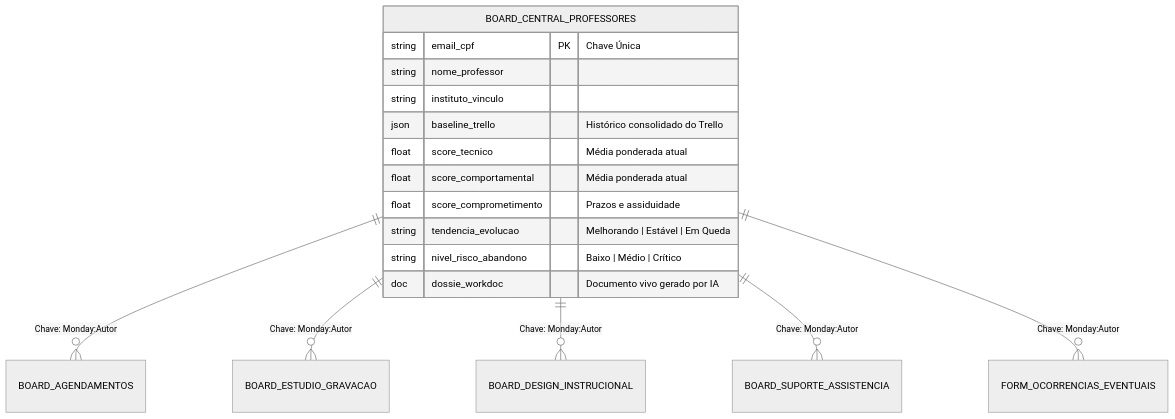
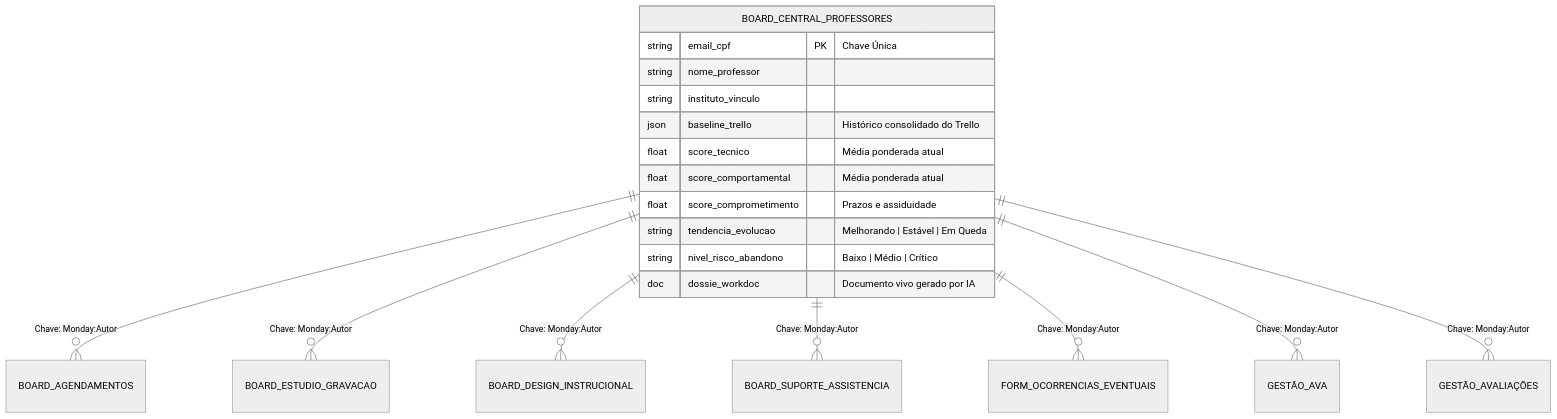
Before and after one commit to paulohlp/perfil-professor-monday: the first of 2 diagrams in plano_perfil_professor_monday.md, drawn with Mermaid (neutral theme).

Commit message:
Add relationships for GESTÃO_AVA and GESTÃO_AVALIAÇÕES

````diff
--- a/plano_perfil_professor_monday.md
+++ b/plano_perfil_professor_monday.md
@@ -18,21 +18,23 @@
 ```mermaid
 erDiagram
     BOARD_CENTRAL_PROFESSORES ||--o{ BOARD_AGENDAMENTOS : "Chave: Monday:Autor"
     BOARD_CENTRAL_PROFESSORES ||--o{ BOARD_ESTUDIO_GRAVACAO : "Chave: Monday:Autor"
     BOARD_CENTRAL_PROFESSORES ||--o{ BOARD_DESIGN_INSTRUCIONAL : "Chave: Monday:Autor"
     BOARD_CENTRAL_PROFESSORES ||--o{ BOARD_SUPORTE_ASSISTENCIA : "Chave: Monday:Autor"
     BOARD_CENTRAL_PROFESSORES ||--o{ FORM_OCORRENCIAS_EVENTUAIS : "Chave: Monday:Autor"
+    BOARD_CENTRAL_PROFESSORES ||--o{ GESTÃO_AVA : "Chave: Monday:Autor"
+    BOARD_CENTRAL_PROFESSORES ||--o{ GESTÃO_AVALIAÇÕES : "Chave: Monday:Autor"
 
     BOARD_CENTRAL_PROFESSORES {
         string email_cpf PK "Chave Única"
         string nome_professor
         string instituto_vinculo
         json baseline_trello "Histórico consolidado do Trello"
         float score_tecnico "Média ponderada atual"
         float score_comportamental "Média ponderada atual"
         float score_comprometimento "Prazos e assiduidade"
         string tendencia_evolucao "Melhorando | Estável | Em Queda"
         string nivel_risco_abandono "Baixo | Médio | Crítico"
         doc dossie_workdoc "Documento vivo gerado por IA"
     }
 ```
````
